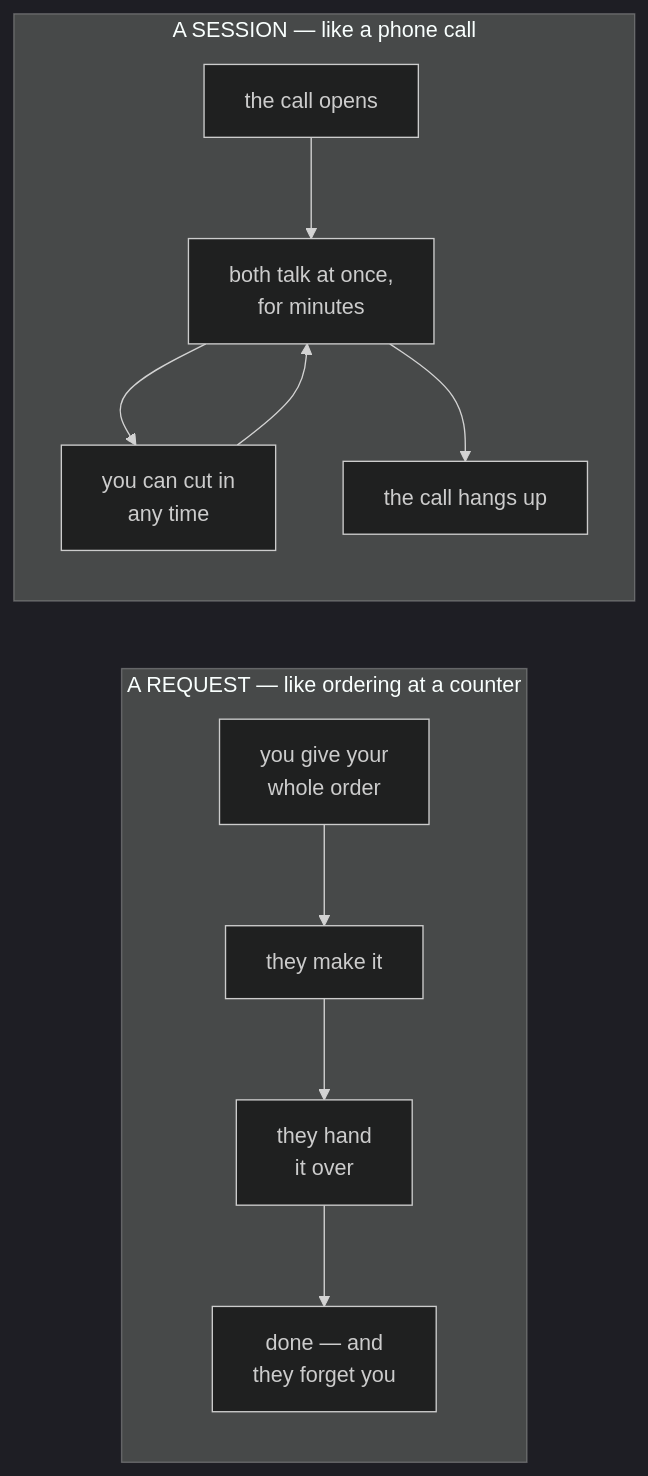
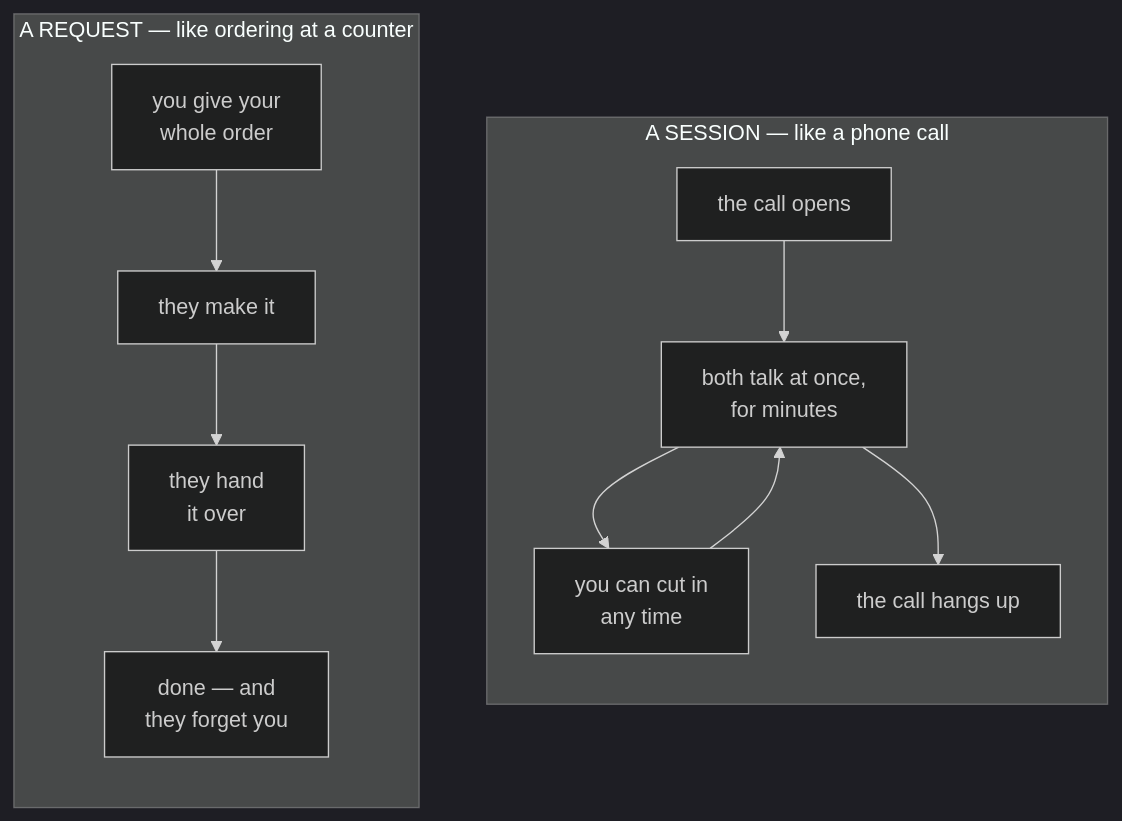
One commit to lishunyang12/lishunyang12.github.io changed the first of 7 diagrams in content/blog/full-duplex-session.md. Above: the diagram before and after it, drawn with Mermaid (dark theme). The commit also changed other lines of this file and 2 other files, not shown here.

Commit message:
blog: wider column, hand-drawn font, side-by-side request/session, +2 #3907 diagrams (data plane, playback cursor)

````diff
--- a/content/blog/full-duplex-session.md
+++ b/content/blog/full-duplex-session.md
@@ -38,13 +38,14 @@
 ```mermaid
 flowchart LR
     subgraph R["A REQUEST — like ordering at a counter"]
         direction TB
         r1["you give your<br/>whole order"] --> r2["they make it"] --> r3["they hand<br/>it over"] --> r4["done — and<br/>they forget you"]
     end
     subgraph S["A SESSION — like a phone call"]
         direction TB
         s1["the call opens"] --> s2["both talk at once,<br/>for minutes"]
         s2 --> s3["you can cut in<br/>any time"] --> s2
         s2 --> s4["the call hangs up"]
     end
+    R ~~~ S
 ```
````
